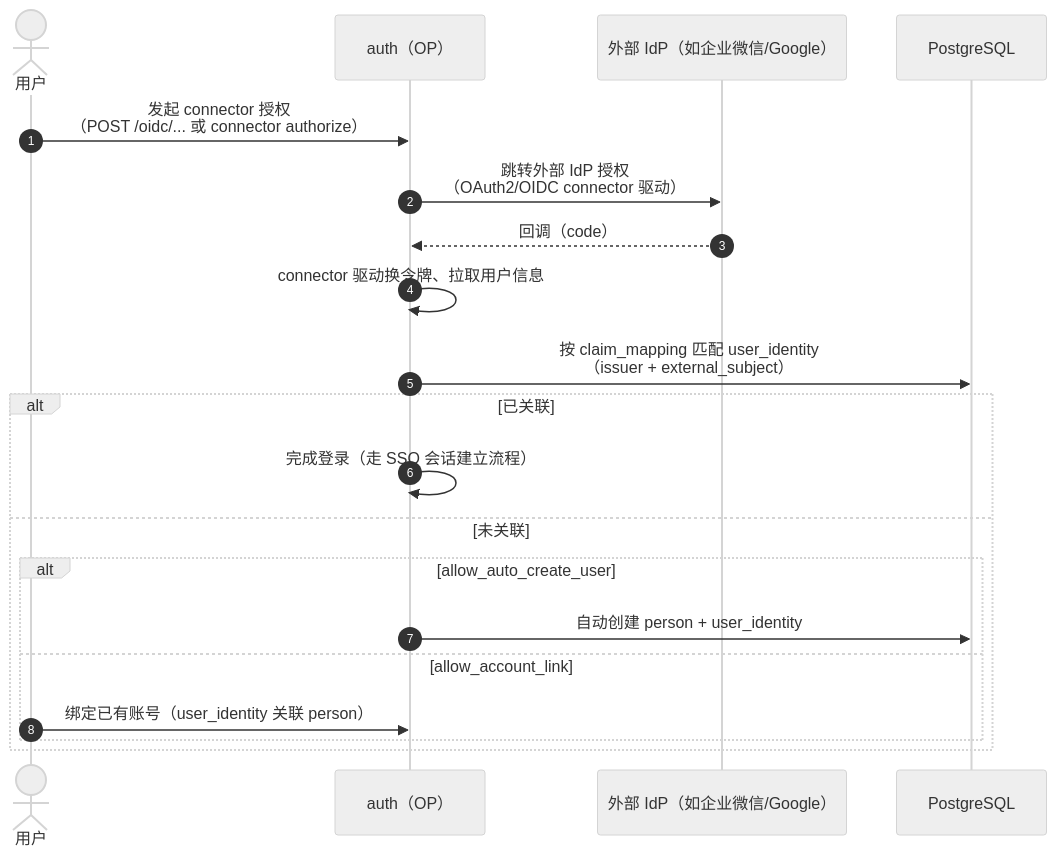
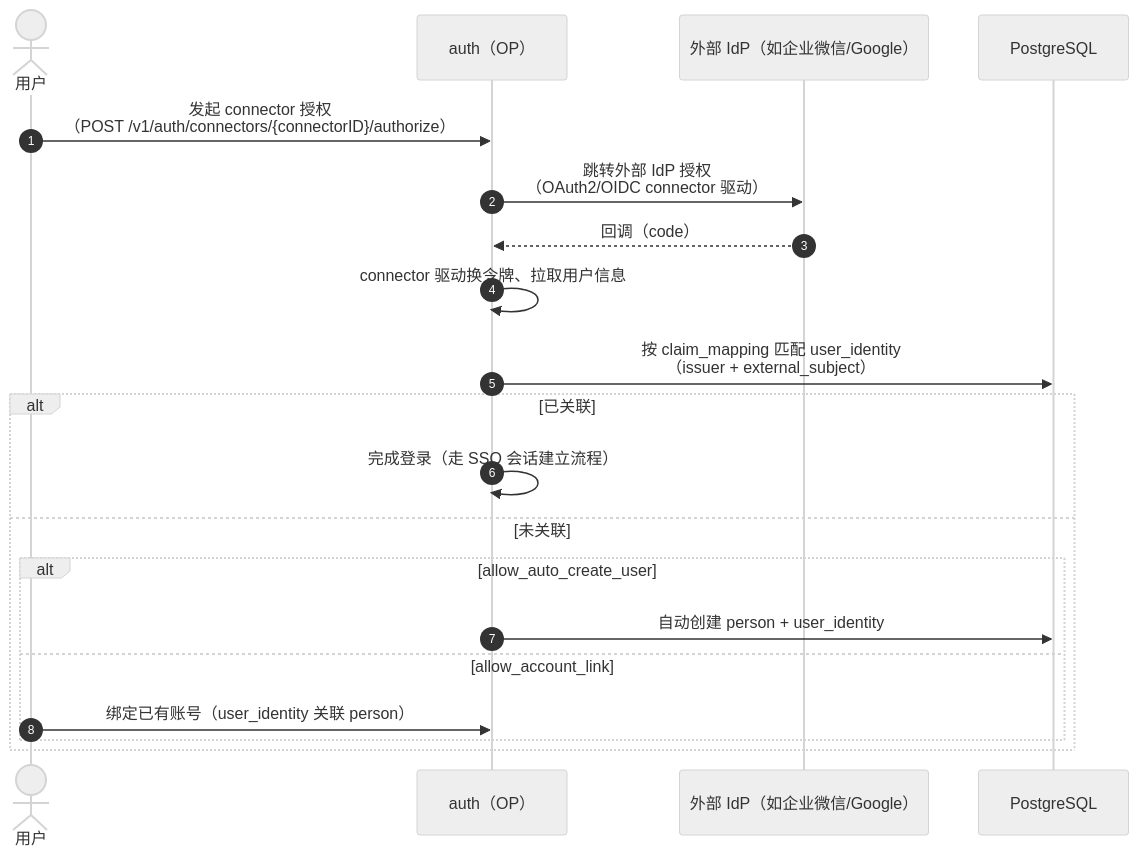
One commit to morehao/ark-iam changed diagram 11 of 15 in docs/design/system-design.md. Above: the diagram before and after it, drawn with Mermaid (neutral theme). The commit also changed other lines of this file and 100 other files, not shown here.

````diff
--- a/docs/design/system-design.md
+++ b/docs/design/system-design.md
@@ -730,23 +788,23 @@
 ```mermaid
 sequenceDiagram
     autonumber
     actor U as 用户
     participant A as auth（OP）
     participant EXT as 外部 IdP（如企业微信/Google）
     participant DB as PostgreSQL
 
-    U->>A: 发起 connector 授权<br/>（POST /oidc/... 或 connector authorize）
+    U->>A: 发起 connector 授权<br/>（POST /v1/auth/connectors/{connectorID}/authorize）
     A->>EXT: 跳转外部 IdP 授权<br/>（OAuth2/OIDC connector 驱动）
     EXT-->>A: 回调（code）
     A->>A: connector 驱动换令牌、拉取用户信息
     A->>DB: 按 claim_mapping 匹配 user_identity<br/>（issuer + external_subject）
     alt 已关联
         A->>A: 完成登录（走 SSO 会话建立流程）
     else 未关联
         alt allow_auto_create_user
             A->>DB: 自动创建 person + user_identity
         else allow_account_link
             U->>A: 绑定已有账号（user_identity 关联 person）
         end
     end
 ```
````
